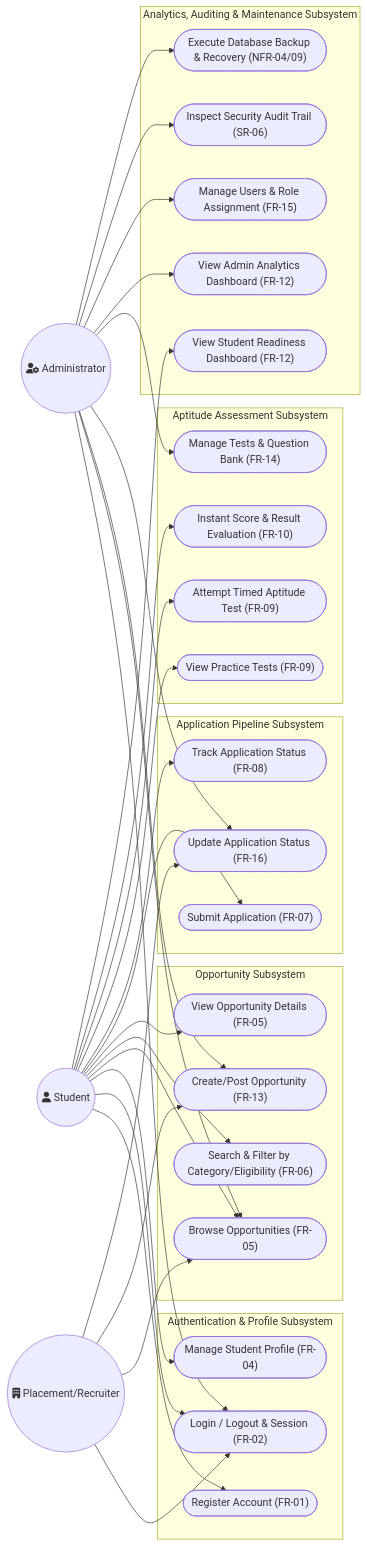
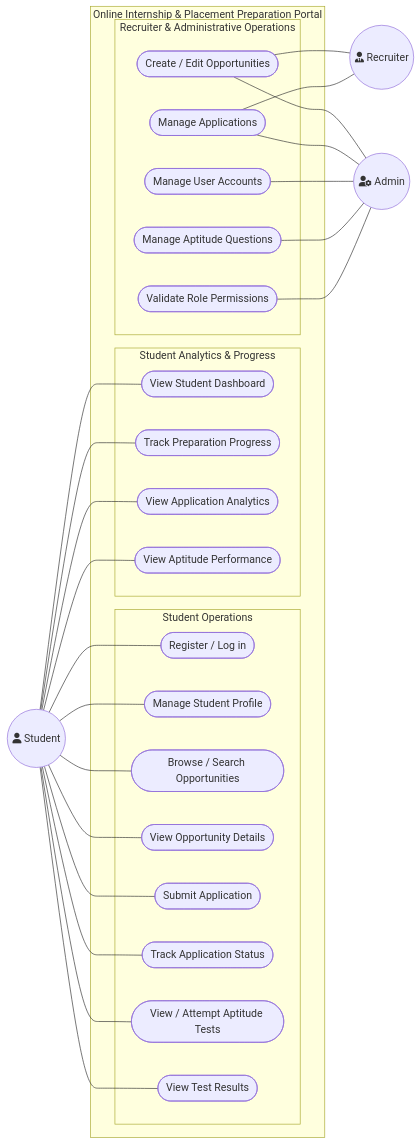
Before and after one commit to Shriya7K/H3-Phase-1-Software-Engineering: the first of 11 diagrams in docs/UML_DIAGRAMS.md, drawn with Mermaid. The commit also changed other lines of this file and 5 other files, not shown here.

Commit message:
docs: add official Use Case Diagram image files and synchronize UML specifications

````diff
--- a/docs/UML_DIAGRAMS.md
+++ b/docs/UML_DIAGRAMS.md
@@ -30,73 +38,60 @@
 ```mermaid
 flowchart LR
     %% Actors
     Student(("fa:fa-user Student"))
-    Admin(("fa:fa-user-gear Administrator"))
-    Recruiter(("fa:fa-building Placement/Recruiter"))
+    Recruiter(("fa:fa-user-tie Recruiter"))
+    Admin(("fa:fa-user-gear Admin"))
 
-    %% Subsystems
-    subgraph AuthSubsystem["Authentication & Profile Subsystem"]
-        UC1(["Register Account (FR-01)"])
-        UC2(["Login / Logout & Session (FR-02)"])
-        UC3(["Manage Student Profile (FR-04)"])
+    subgraph Portal["Online Internship & Placement Preparation Portal"]
+        subgraph StudentCore["Student Operations"]
+            UC1(["Register / Log in"])
+            UC2(["Manage Student Profile"])
+            UC3(["Browse / Search Opportunities"])
+            UC4(["View Opportunity Details"])
+            UC5(["Submit Application"])
+            UC6(["Track Application Status"])
+            UC7(["View / Attempt Aptitude Tests"])
+            UC8(["View Test Results"])
+        end
+
+        subgraph StudentAnalytics["Student Analytics & Progress"]
+            UC9(["View Student Dashboard"])
+            UC10(["Track Preparation Progress"])
+            UC11(["View Application Analytics"])
+            UC12(["View Aptitude Performance"])
+        end
+
+        subgraph AdminRecruiter["Recruiter & Administrative Operations"]
+            UC13(["Create / Edit Opportunities"])
+            UC14(["Manage Applications"])
+            UC15(["Manage User Accounts"])
+            UC16(["Manage Aptitude Questions"])
+            UC17(["Validate Role Permissions"])
+        end
     end
 
-    subgraph OppSubsystem["Opportunity Subsystem"]
-        UC4(["Browse Opportunities (FR-05)"])
-        UC5(["Search & Filter by Category/Eligibility (FR-06)"])
-        UC6(["View Opportunity Details (FR-05)"])
-        UC7(["Create/Post Opportunity (FR-13)"])
-    end
+    %% Student Associations
+    Student --- UC1
+    Student --- UC2
+    Student --- UC3
+    Student --- UC4
+    Student --- UC5
+    Student --- UC6
+    Student --- UC7
+    Student --- UC8
+    Student --- UC9
+    Student --- UC10
+    Student --- UC11
+    Student --- UC12
 
-    subgraph AppSubsystem["Application Pipeline Subsystem"]
-        UC8(["Submit Application (FR-07)"])
-        UC9(["Track Application Status (FR-08)"])
-        UC10(["Update Application Status (FR-16)"])
-    end
+    %% Recruiter Associations
+    UC13 --- Recruiter
+    UC14 --- Recruiter
 
-    subgraph TestSubsystem["Aptitude Assessment Subsystem"]
-        UC11(["View Practice Tests (FR-09)"])
-        UC12(["Attempt Timed Aptitude Test (FR-09)"])
-        UC13(["Instant Score & Result Evaluation (FR-10)"])
-        UC14(["Manage Tests & Question Bank (FR-14)"])
-    end
-
-    subgraph AdminSubsystem["Analytics, Auditing & Maintenance Subsystem"]
-        UC15(["View Student Readiness Dashboard (FR-12)"])
-        UC16(["View Admin Analytics Dashboard (FR-12)"])
-        UC17(["Manage Users & Role Assignment (FR-15)"])
-        UC18(["Inspect Security Audit Trail (SR-06)"])
-        UC19(["Execute Database Backup & Recovery (NFR-04/09)"])
-    end
-
-    %% Student Relationships
-    Student --> UC1
-    Student --> UC2
-    Student --> UC3
-    Student --> UC4
-    Student --> UC5
-    Student --> UC6
-    Student --> UC8
-    Student --> UC9
-    Student --> UC11
-    Student --> UC12
-    Student --> UC13
-    Student --> UC15
-
-    %% Recruiter Relationships
-    Recruiter --> UC2
-    Recruiter --> UC4
-    Recruiter --> UC7
-    Recruiter --> UC10
-
-    %% Administrator Relationships
-    Admin --> UC2
-    Admin --> UC4
-    Admin --> UC7
-    Admin --> UC10
-    Admin --> UC14
-    Admin --> UC16
-    Admin --> UC17
-    Admin --> UC18
-    Admin --> UC19
+    %% Admin Associations
+    UC13 --- Admin
+    UC14 --- Admin
+    UC15 --- Admin
+    UC16 --- Admin
+    UC17 --- Admin
 ```
````
